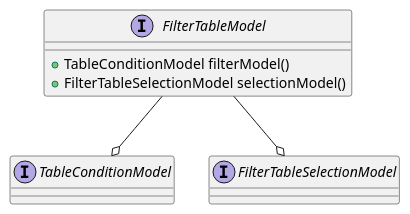
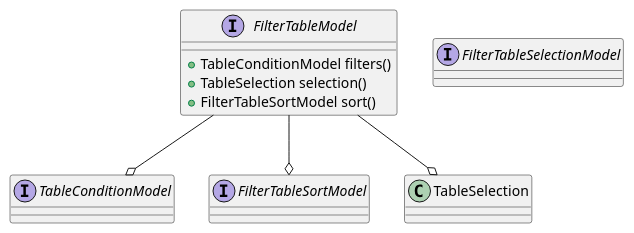
The diagram in documentation/src/docs/asciidoc/manual/common-model-table.adoc (codion-is/codion), drawn with PlantUML before and after one commit. The commit also changed other lines of this file and 14 other files, not shown here.

```diff
--- a/documentation/src/docs/asciidoc/manual/common-model-table.adoc
+++ b/documentation/src/docs/asciidoc/manual/common-model-table.adoc
@@ -7,15 +7,19 @@
 [plantuml,filter-table-model-diagram,svg,align=center]
 -------------------------------------------
 
 interface FilterTableModel {
-    +TableConditionModel filterModel()
-    +FilterTableSelectionModel selectionModel()
+    +TableConditionModel filters()
+    +TableSelection selection()
+    +FilterTableSortModel sort()
 }
 
 interface TableConditionModel {}
 
 interface FilterTableSelectionModel {}
 
+interface FilterTableSortModel {}
+
 FilterTableModel --o TableConditionModel
-FilterTableModel --o FilterTableSelectionModel
+FilterTableModel --o TableSelection
+FilterTableModel --o FilterTableSortModel
 -------------------------------------------
```
